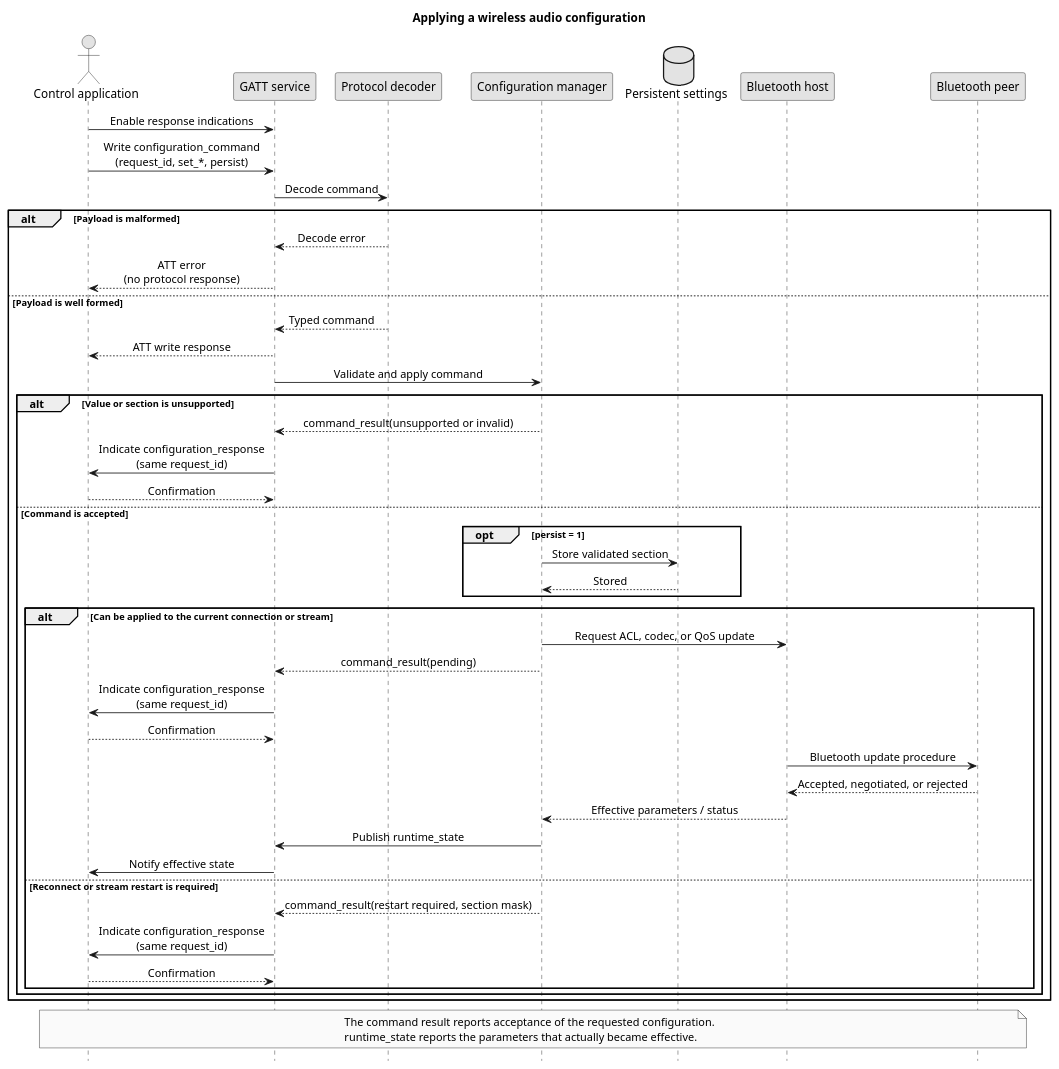
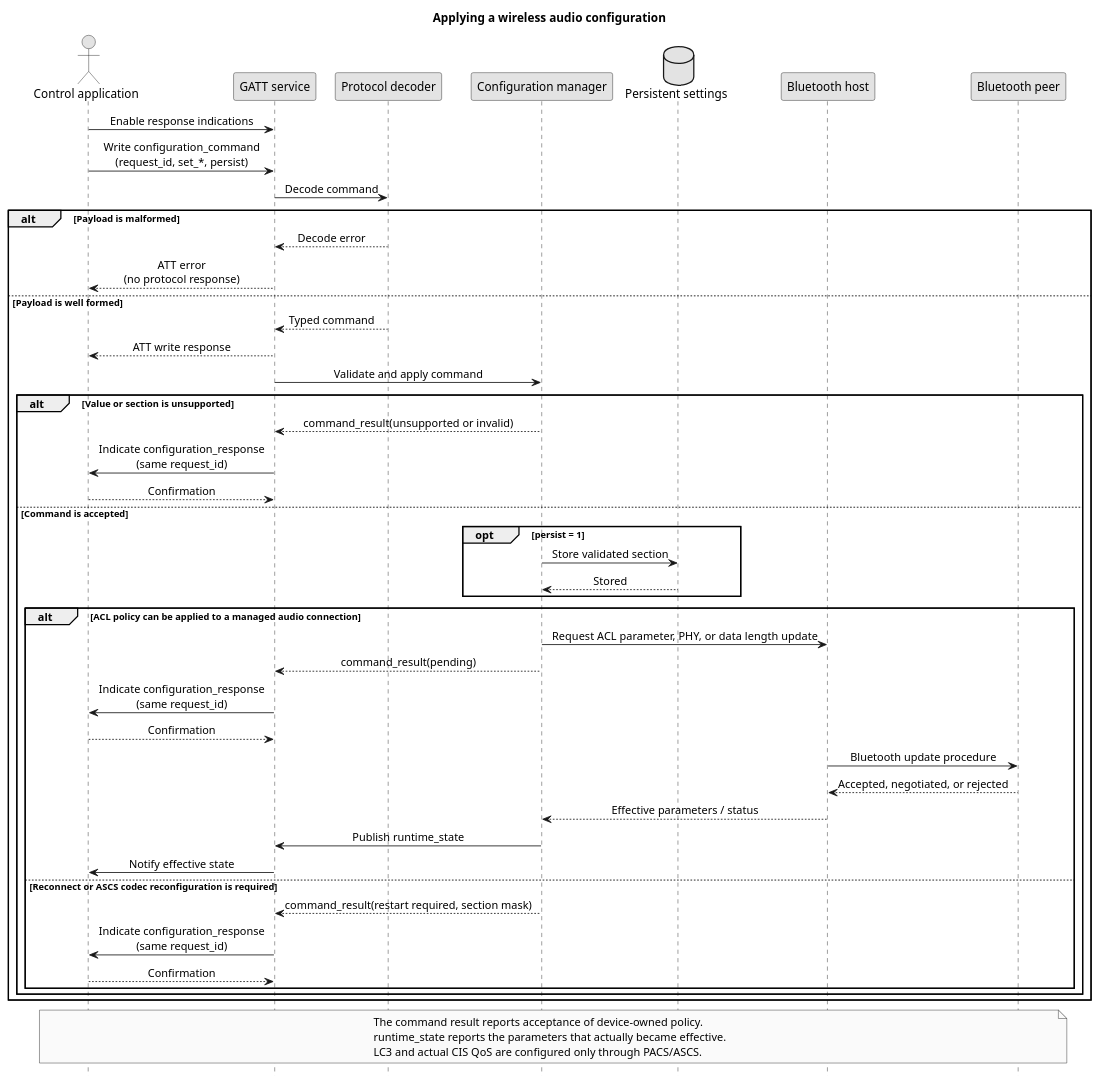
The diagram in schemas/wireless-audio-configuration/diagrams/configuration-command-sequence.puml (OpenEarable/protocol), drawn with PlantUML before and after one commit. The commit also changed 12 other files, not shown here.

Commit message:
refactor(protocol): align wireless audio policy with LE Audio

```diff
--- a/schemas/wireless-audio-configuration/diagrams/configuration-command-sequence.puml
+++ b/schemas/wireless-audio-configuration/diagrams/configuration-command-sequence.puml
@@ -1,60 +1,61 @@
 @startuml
 title Applying a wireless audio configuration
 
 skinparam monochrome true
 skinparam sequenceMessageAlign center
 hide footbox
 
 actor "Control application" as Client
 participant "GATT service" as Gatt
 participant "Protocol decoder" as Protocol
 participant "Configuration manager" as Manager
 database "Persistent settings" as Settings
 participant "Bluetooth host" as Host
 participant "Bluetooth peer" as Peer
 
 Client -> Gatt: Enable response indications
 Client -> Gatt: Write configuration_command\n(request_id, set_*, persist)
 Gatt -> Protocol: Decode command
 
 alt Payload is malformed
     Protocol --> Gatt: Decode error
     Gatt --> Client: ATT error\n(no protocol response)
 else Payload is well formed
     Protocol --> Gatt: Typed command
     Gatt --> Client: ATT write response
     Gatt -> Manager: Validate and apply command
 
     alt Value or section is unsupported
         Manager --> Gatt: command_result(unsupported or invalid)
         Gatt -> Client: Indicate configuration_response\n(same request_id)
         Client --> Gatt: Confirmation
     else Command is accepted
         opt persist = 1
             Manager -> Settings: Store validated section
             Settings --> Manager: Stored
         end
 
-        alt Can be applied to the current connection or stream
-            Manager -> Host: Request ACL, codec, or QoS update
+        alt ACL policy can be applied to a managed audio connection
+            Manager -> Host: Request ACL parameter, PHY, or data length update
             Manager --> Gatt: command_result(pending)
             Gatt -> Client: Indicate configuration_response\n(same request_id)
             Client --> Gatt: Confirmation
             Host -> Peer: Bluetooth update procedure
             Peer --> Host: Accepted, negotiated, or rejected
             Host --> Manager: Effective parameters / status
             Manager -> Gatt: Publish runtime_state
             Gatt -> Client: Notify effective state
-        else Reconnect or stream restart is required
+        else Reconnect or ASCS codec reconfiguration is required
             Manager --> Gatt: command_result(restart required, section mask)
             Gatt -> Client: Indicate configuration_response\n(same request_id)
             Client --> Gatt: Confirmation
         end
     end
 end
 
 note over Client,Peer
-The command result reports acceptance of the requested configuration.
+The command result reports acceptance of device-owned policy.
 runtime_state reports the parameters that actually became effective.
+LC3 and actual CIS QoS are configured only through PACS/ASCS.
 end note
 @enduml
```
